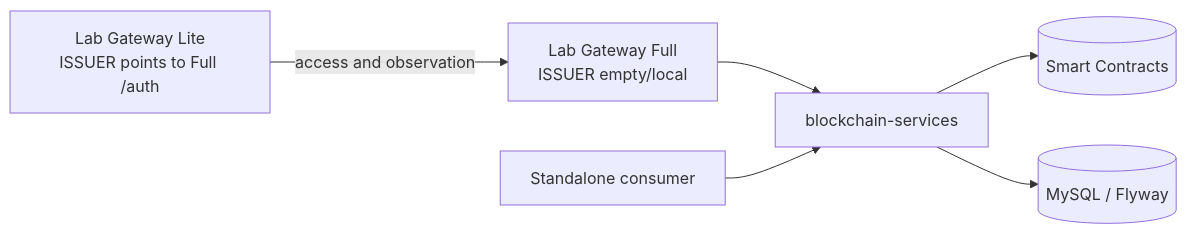
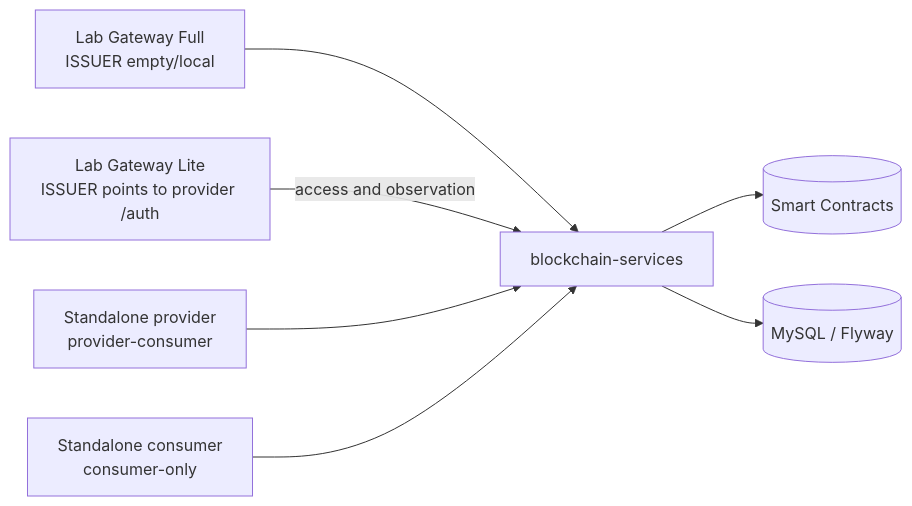
One commit to DecentraLabsCom/Blockchain-Services changed the diagram in README.md. Above: the diagram before and after it, drawn with Mermaid. The commit also changed other lines of this file and 18 other files, not shown here.

````diff
--- a/README.md
+++ b/README.md
@@ -47,8 +53,9 @@
 ```mermaid
 flowchart LR
     Full["Lab Gateway Full<br/>ISSUER empty/local"] --> Backend["blockchain-services"]
-    Lite["Lab Gateway Lite<br/>ISSUER points to Full /auth"] -->|access and observation| Full
-    Standalone["Standalone consumer"] --> Backend
+    Lite["Lab Gateway Lite<br/>ISSUER points to provider /auth"] -->|access and observation| Backend
+    Provider["Standalone provider<br/>provider-consumer"] --> Backend
+    Consumer["Standalone consumer<br/>consumer-only"] --> Backend
     Backend --> Contracts[("Smart Contracts")]
     Backend --> DB[("MySQL / Flyway")]
 ```
````
